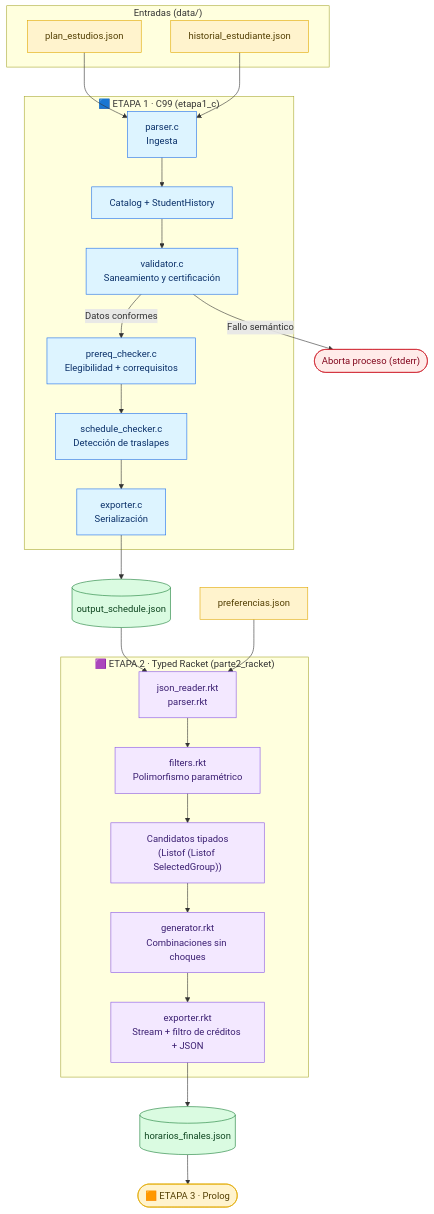
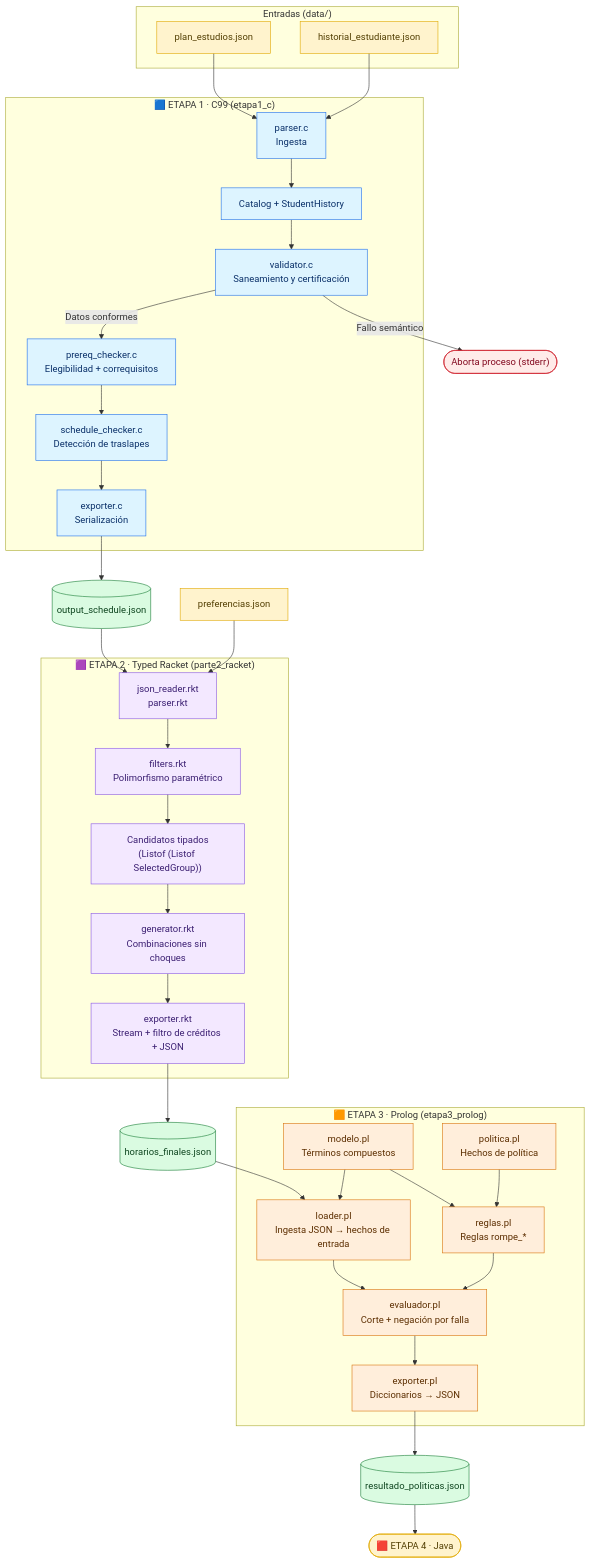
Before and after one commit to Gfung12/ProyectoCEmestre: the first of 2 diagrams in README.md, drawn with Mermaid. The commit also changed other lines of this file, not shown here.

````diff
--- a/README.md
+++ b/README.md
@@ -63,51 +69,69 @@
 ```mermaid
 flowchart TD
     subgraph IN["Entradas (data/)"]
         A1["plan_estudios.json"]
         A2["historial_estudiante.json"]
     end
 
     subgraph C["🟦 ETAPA 1 · C99 (etapa1_c)"]
         B1["parser.c<br/>Ingesta"]
         B2["Catalog + StudentHistory"]
         B3["validator.c<br/>Saneamiento y certificación"]
         B4["prereq_checker.c<br/>Elegibilidad + correquisitos"]
         B5["schedule_checker.c<br/>Detección de traslapes"]
         B6["exporter.c<br/>Serialización"]
     end
 
     ERR(["Aborta proceso (stderr)"])
     OUT[("output_schedule.json")]
     OUT2[("horarios_finales.json")]
-    NEXT(["🟧 ETAPA 3 · Prolog"])
+    OUT3[("resultado_politicas.json")]
+    NEXT(["🟥 ETAPA 4 · Java"])
     PREF["preferencias.json"]
 
     subgraph R["🟪 ETAPA 2 · Typed Racket (parte2_racket)"]
         D1["json_reader.rkt<br/>parser.rkt"]
         D2["filters.rkt<br/>Polimorfismo paramétrico"]
         D3["Candidatos tipados<br/>(Listof (Listof SelectedGroup))"]
         D4["generator.rkt<br/>Combinaciones sin choques"]
         D5["exporter.rkt<br/>Stream + filtro de créditos + JSON"]
     end
 
+    subgraph P["🟧 ETAPA 3 · Prolog (etapa3_prolog)"]
+        E1["loader.pl<br/>Ingesta JSON → hechos de entrada"]
+        E2["politica.pl<br/>Hechos de política"]
+        E3["modelo.pl<br/>Términos compuestos"]
+        E4["reglas.pl<br/>Reglas rompe_*"]
+        E5["evaluador.pl<br/>Corte + negación por falla"]
+        E6["exporter.pl<br/>Diccionarios → JSON"]
+    end
+
     A1 --> B1
     A2 --> B1
     B1 --> B2 --> B3
     B3 -- "Fallo semántico" --> ERR
     B3 -- "Datos conformes" --> B4 --> B5 --> B6 --> OUT
     OUT --> D1
     PREF --> D1
-    D1 --> D2 --> D3 --> D4 --> D5 --> OUT2 --> NEXT
+    D1 --> D2 --> D3 --> D4 --> D5 --> OUT2 --> E1
+    E3 --> E1
+    E3 --> E4
+    E2 --> E4
+    E1 --> E5
+    E4 --> E5
+    E5 --> E6 --> OUT3 --> NEXT
 
     classDef input fill:#fff3cd,stroke:#e0a800,color:#533f03;
     classDef cstage fill:#ddf4ff,stroke:#1f6feb,color:#0a3069;
     classDef rstage fill:#f3e8ff,stroke:#8957e5,color:#3b1f72;
     classDef error fill:#ffebe9,stroke:#cf222e,color:#82071e;
     classDef output fill:#dafbe1,stroke:#1a7f37,color:#0f4620;
+    classDef pstage fill:#ffeedb,stroke:#d9730d,color:#5c2e00;
 
     class A1,A2,PREF,NEXT input;
     class B1,B2,B3,B4,B5,B6 cstage;
     class D1,D2,D3,D4,D5 rstage;
+    class E1,E2,E3,E4,E5,E6 pstage;
     class ERR error;
-    class OUT,OUT2 output;
+    class OUT,OUT2,OUT3 output;
 ```
````
